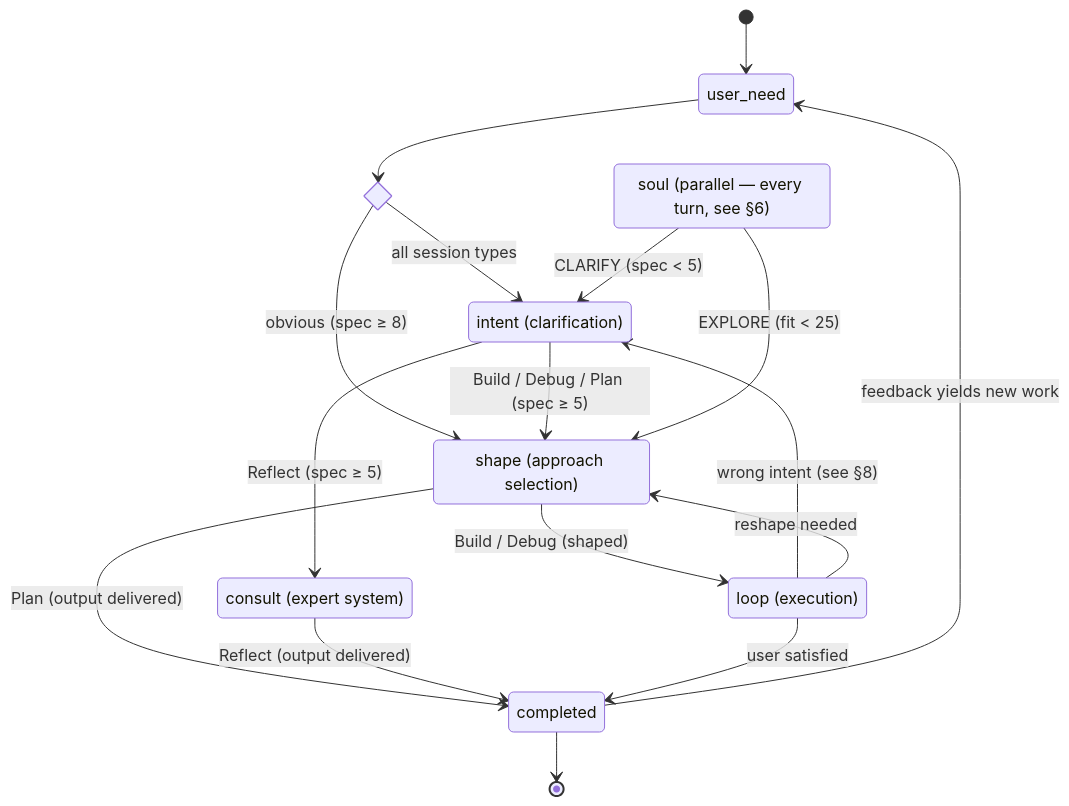
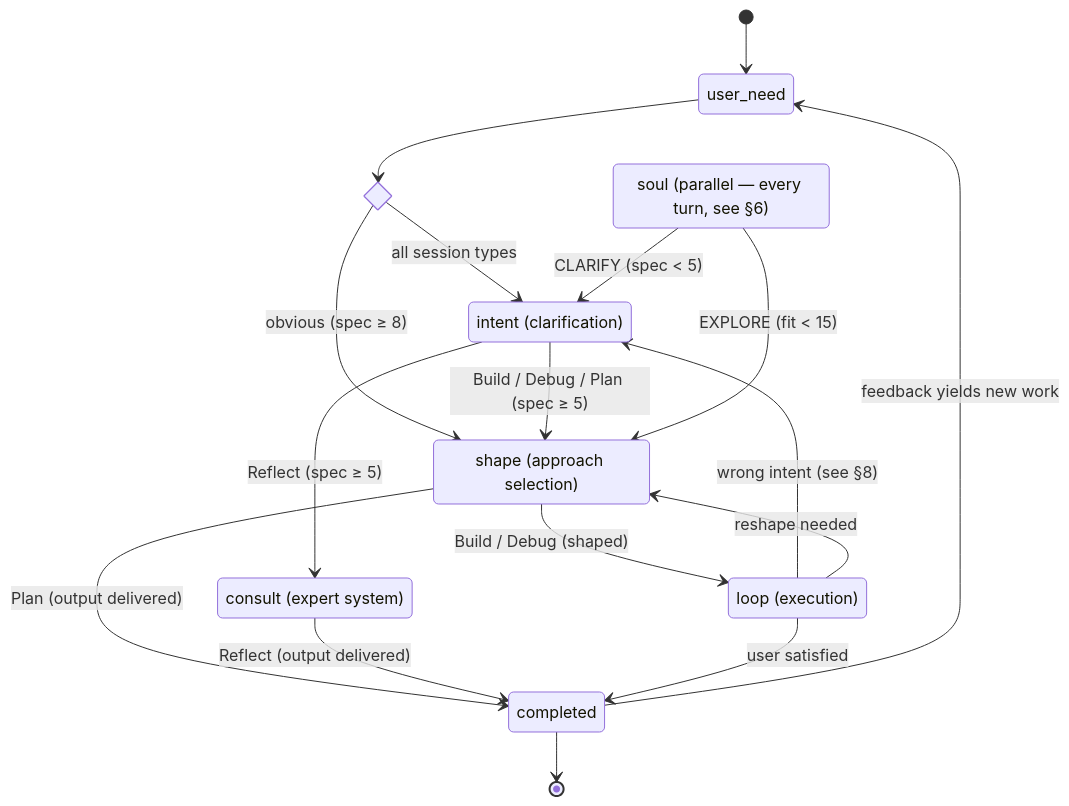
The first of 6 diagrams in docs/statechart.md (saadshahd/moo.md), drawn with Mermaid before and after one commit. The commit also changed other lines of this file and 11 other files, not shown here.

````diff
--- a/docs/statechart.md
+++ b/docs/statechart.md
@@ -11,34 +11,34 @@
 ```mermaid
 stateDiagram-v2
   [*] --> user_need
 
   state "soul (parallel — every turn, see §6)" as soul
 
   state route <<choice>>
   user_need --> route
 
   state "intent (clarification)" as intent
   state "shape (approach selection)" as shape
   state "loop (execution)" as loop
   state "consult (expert system)" as consult
 
   route --> intent : all session types
   route --> shape : obvious (spec ≥ 8)
 
   intent --> shape : Build / Debug / Plan (spec ≥ 5)
   intent --> consult : Reflect (spec ≥ 5)
 
   shape --> loop : Build / Debug (shaped)
   shape --> completed : Plan (output delivered)
   consult --> completed : Reflect (output delivered)
 
   loop --> completed : user satisfied
   completed --> [*]
   completed --> user_need : feedback yields new work
 
   soul --> intent : CLARIFY (spec < 5)
-  soul --> shape : EXPLORE (fit < 25)
+  soul --> shape : EXPLORE (fit < 15)
 
   loop --> intent : wrong intent (see §8)
   loop --> shape : reshape needed
 ```
````
